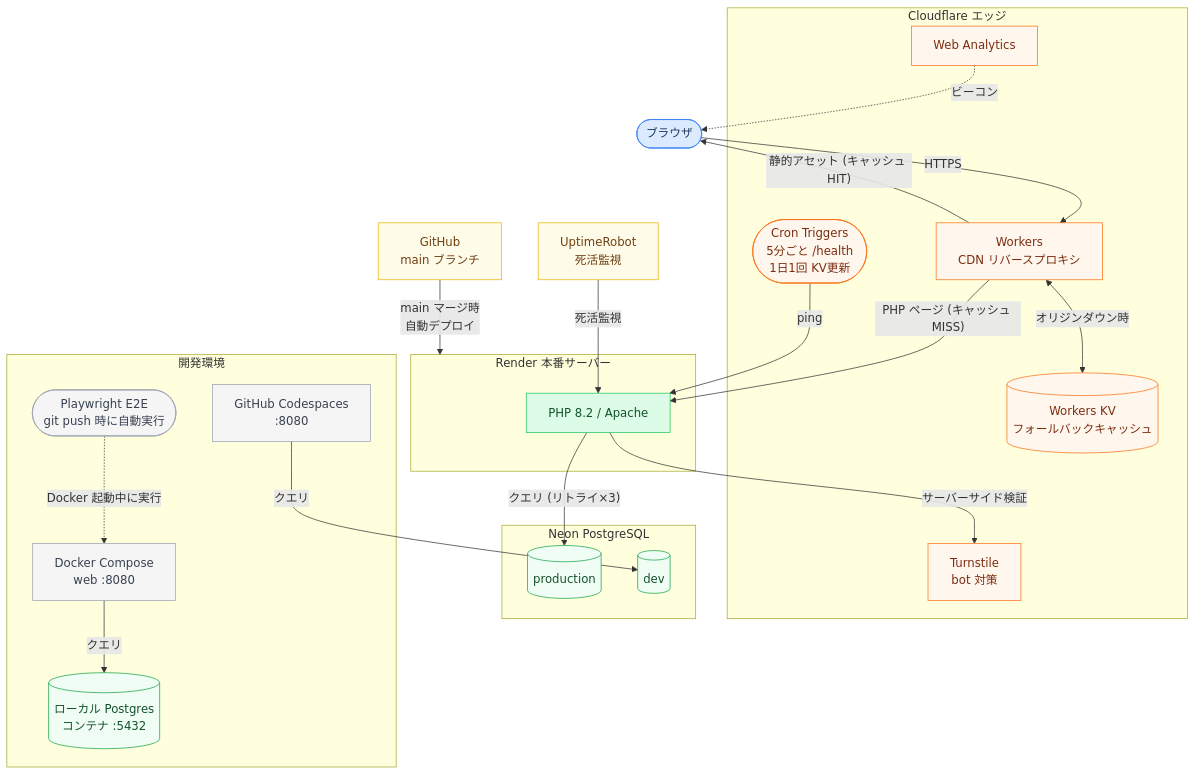
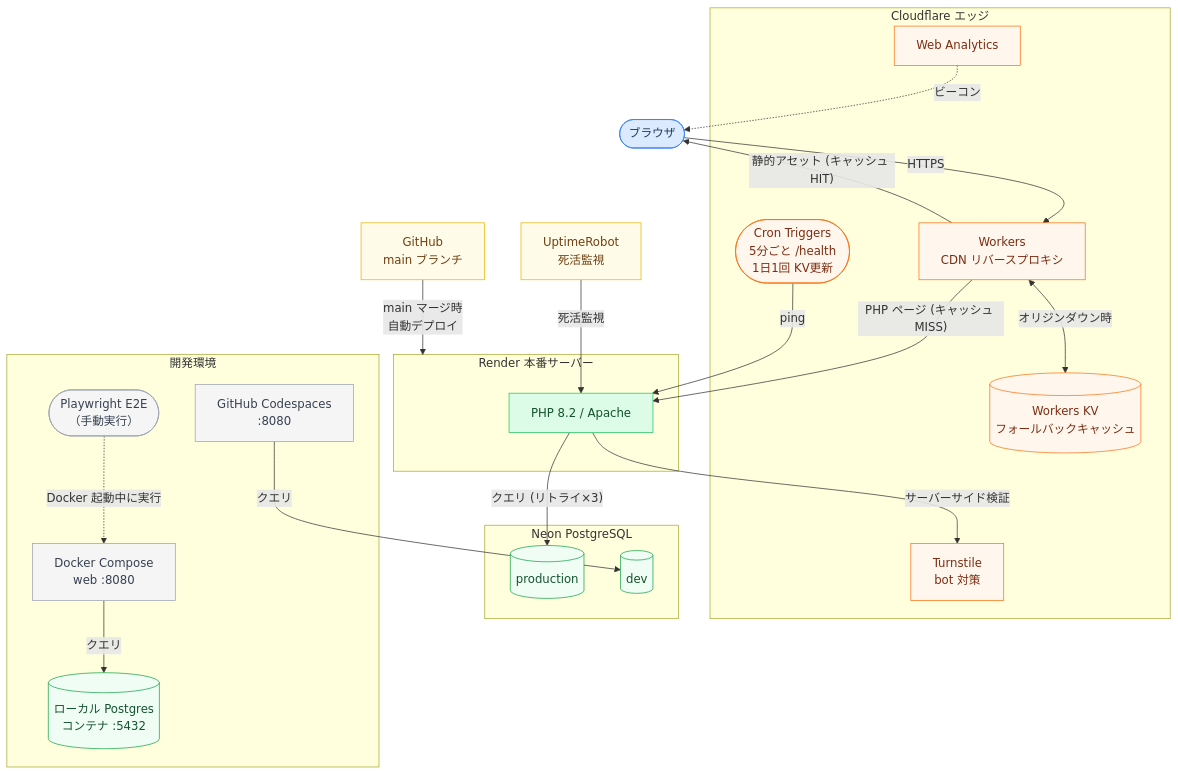
Before and after one commit to aokyun1031/jantama_records_dev: the diagram in README.md, drawn with Mermaid. The commit also changed other lines of this file and 44 other files, not shown here.

````diff
--- a/README.md
+++ b/README.md
@@ -70,56 +70,56 @@
 ```mermaid
 graph TB
     classDef userStyle   fill:#dbeafe,stroke:#3b82f6,color:#1e3a5f
     classDef cfStyle     fill:#fff7ed,stroke:#f97316,color:#7c2d12
     classDef serverStyle fill:#dcfce7,stroke:#22c55e,color:#14532d
     classDef dbStyle     fill:#f0fdf4,stroke:#16a34a,color:#14532d
     classDef devStyle    fill:#f5f5f5,stroke:#9ca3af,color:#374151
     classDef deployStyle fill:#fefce8,stroke:#eab308,color:#713f12
 
     Browser(["ブラウザ"]):::userStyle
 
     subgraph CF["Cloudflare エッジ"]
         Workers["Workers\nCDN リバースプロキシ"]:::cfStyle
         KV[("Workers KV\nフォールバックキャッシュ")]:::cfStyle
         Cron(["Cron Triggers\n5分ごと /health\n1日1回 KV更新"]):::cfStyle
         Turnstile["Turnstile\nbot 対策"]:::cfStyle
         Analytics["Web Analytics"]:::cfStyle
     end
 
     subgraph App["Render 本番サーバー"]
         PHP["PHP 8.2 / Apache"]:::serverStyle
     end
 
     subgraph DB["Neon PostgreSQL"]
         Prod[("production")]:::dbStyle
         Dev[("dev")]:::dbStyle
     end
 
     subgraph DevEnv["開発環境"]
         Codespaces["GitHub Codespaces\n:8080"]:::devStyle
         Docker["Docker Compose\nweb :8080"]:::devStyle
         LocalPg[("ローカル Postgres\nコンテナ :5432")]:::dbStyle
-        E2E(["Playwright E2E\ngit push 時に自動実行"]):::devStyle
+        E2E(["Playwright E2E\n（手動実行）"]):::devStyle
     end
 
     GitHub["GitHub\nmain ブランチ"]:::deployStyle
     Monitor["UptimeRobot\n死活監視"]:::deployStyle
 
     Browser -->|"HTTPS"| Workers
     Workers -->|"静的アセット (キャッシュ HIT)"| Browser
     Workers -->|"PHP ページ (キャッシュ MISS)"| PHP
     Workers <-->|"オリジンダウン時"| KV
 
     Cron -->|"ping"| PHP
     Analytics -. "ビーコン" .-> Browser
     PHP -->|"サーバーサイド検証"| Turnstile
 
     PHP -->|"クエリ (リトライ×3)"| Prod
     Codespaces -->|"クエリ"| Dev
     Docker -->|"クエリ"| LocalPg
 
     GitHub -->|"main マージ時\n自動デプロイ"| App
     Monitor -->|"死活監視"| PHP
 
     E2E -. "Docker 起動中に実行" .-> Docker
 ```
````
